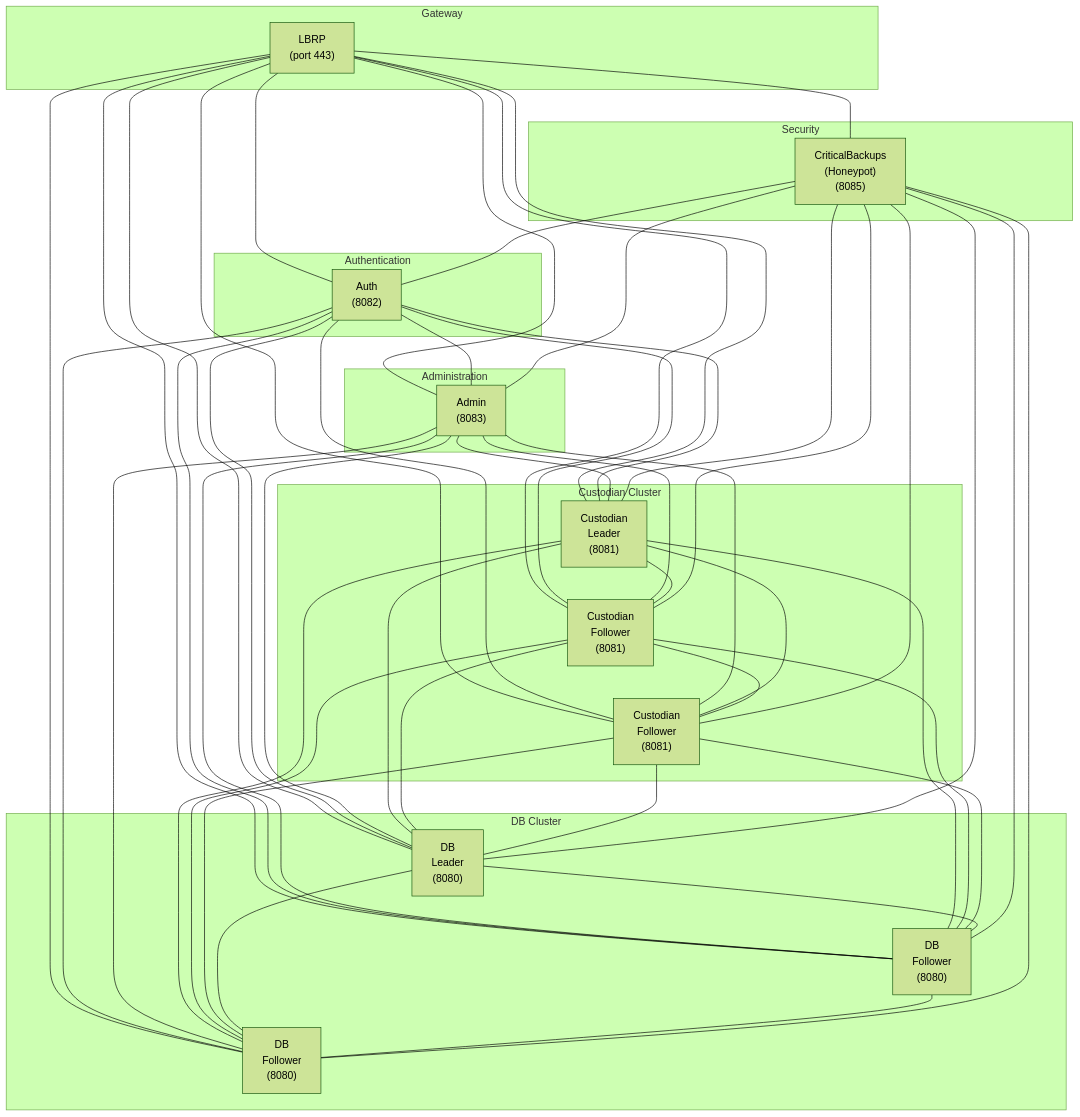
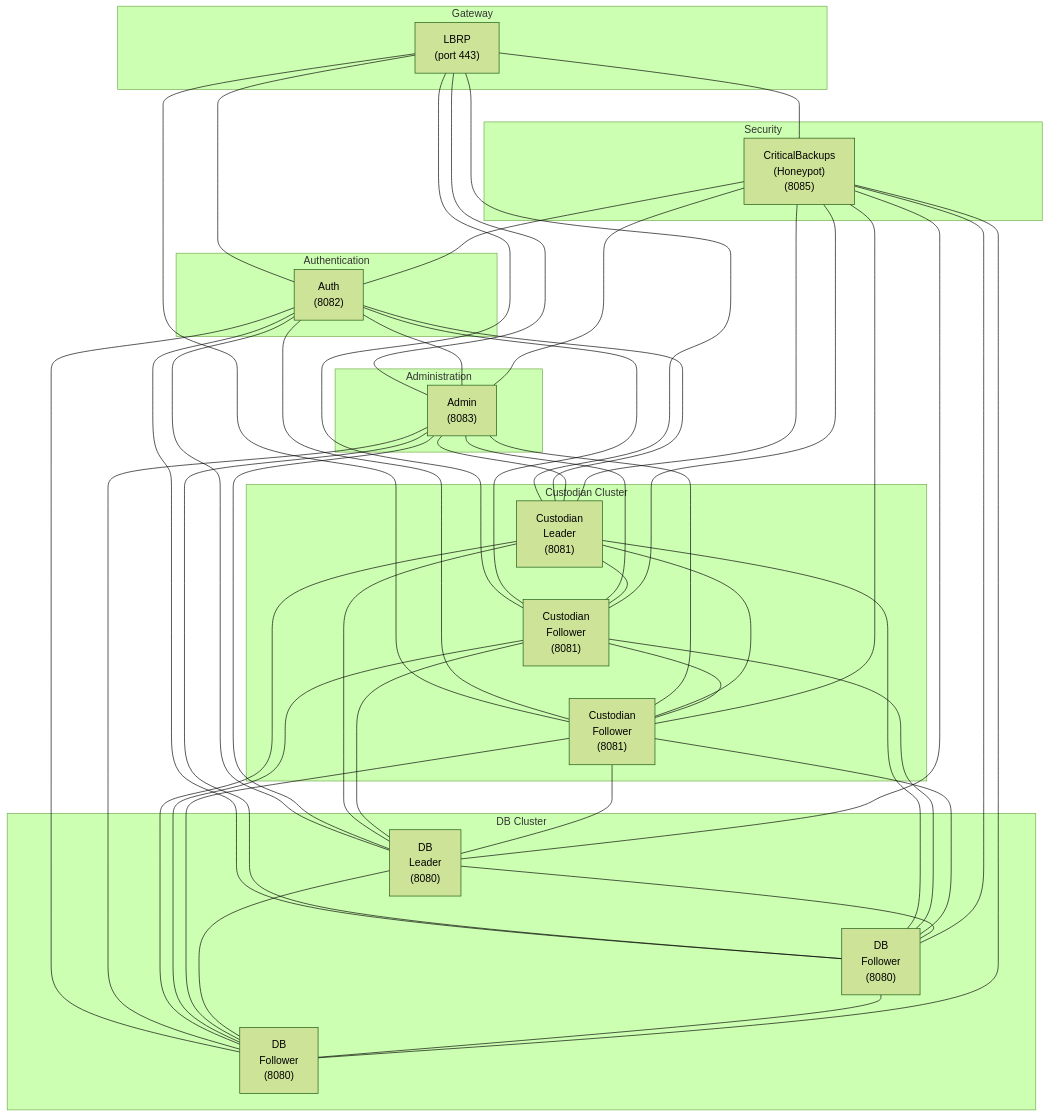
Before and after one commit to JonathanMcCormickJr/ngi: the diagram in ARCHITECTURE.md, drawn with Mermaid (forest theme). The commit also changed 40 other files, not shown here.

```diff
--- a/ARCHITECTURE.md
+++ b/ARCHITECTURE.md
@@ -774,9 +774,6 @@
   LBRP --- CustLeader
   LBRP --- CustFollower1
   LBRP --- CustFollower2
-  LBRP --- DBLeader
-  LBRP --- DBFollower1
-  LBRP --- DBFollower2
   LBRP --- Honeypot
 
   Auth --- Admin
```
